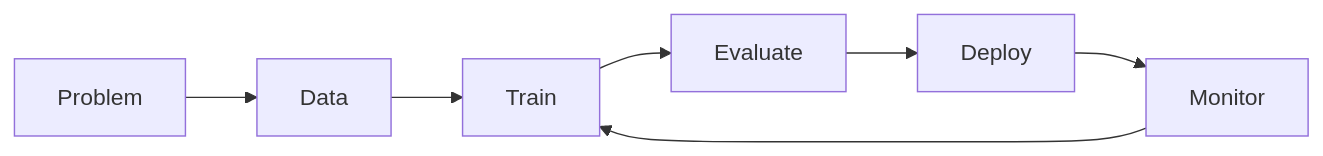
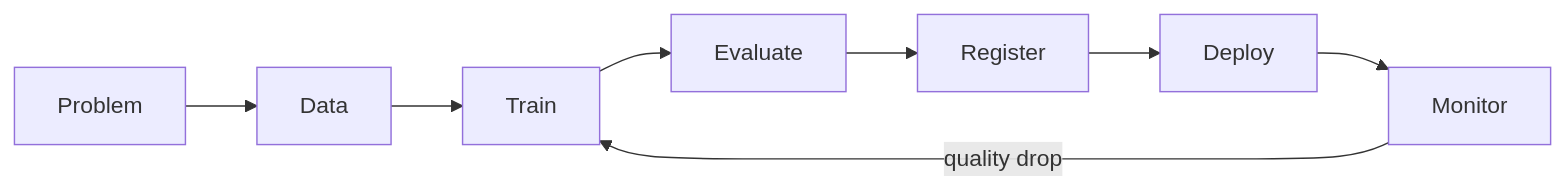
One commit to Cloud2BR-TEC/ai-academy-101-ml changed the diagram in docs/modules/02-azure-ml-overview.md. Above: the diagram before and after it, drawn with Mermaid. The commit also changed other lines of this file and 18 other files, not shown here.

````diff
--- a/docs/modules/02-azure-ml-overview.md
+++ b/docs/modules/02-azure-ml-overview.md
@@ -26,9 +42,10 @@
 ```mermaid
 flowchart LR
     A[Problem] --> B[Data]
     B --> C[Train]
     C --> D[Evaluate]
-    D --> E[Deploy]
-    E --> F[Monitor]
-    F --> C
+    D --> E[Register]
+    E --> F[Deploy]
+    F --> G[Monitor]
+    G -->|quality drop| C
 ```
````
